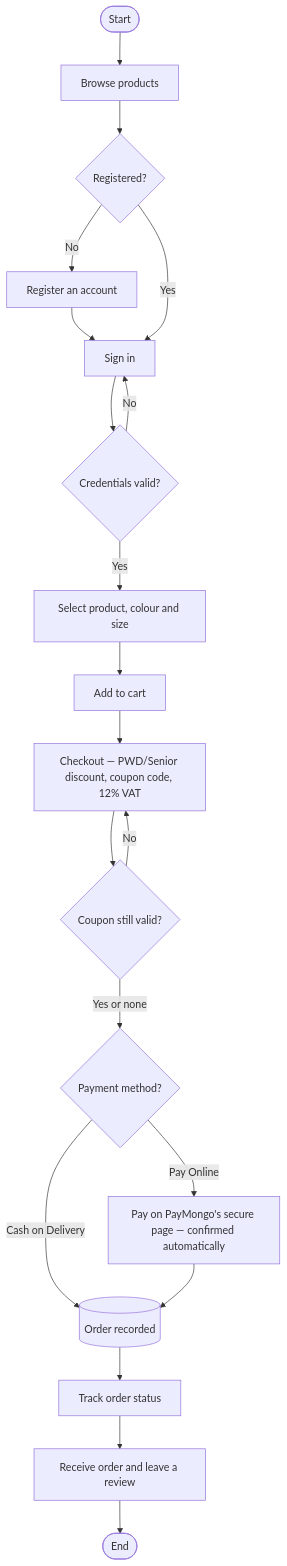
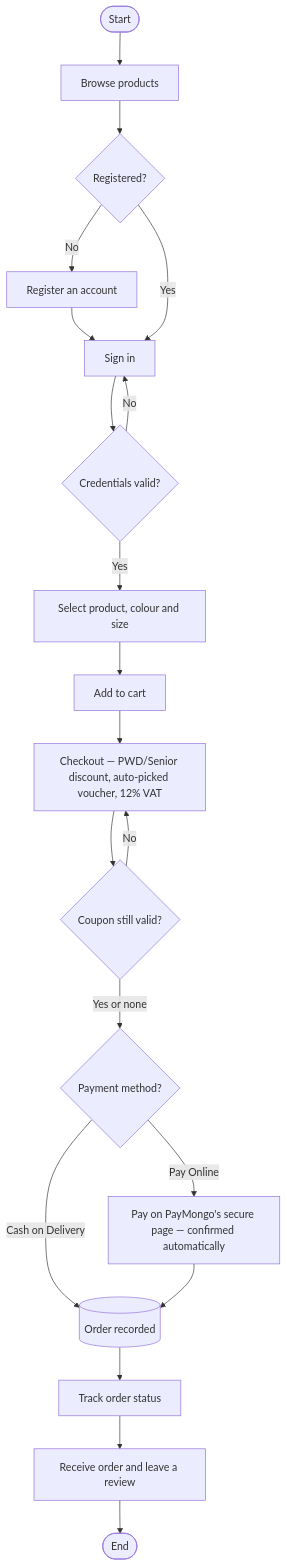
One commit to kurooo-san/THREAD-AND-PRESS-HUB changed the first of 4 diagrams in docs/SYSTEM_FLOWCHART.md. Above: the diagram before and after it, drawn with Mermaid. The commit also changed other lines of this file and 21 other files, not shown here.

````diff
--- a/docs/SYSTEM_FLOWCHART.md
+++ b/docs/SYSTEM_FLOWCHART.md
@@ -37,22 +37,22 @@
 ```mermaid
 flowchart TD
     A(["Start"]) --> B["Browse products"]
     B --> C{"Registered?"}
     C -- "No" --> D["Register an account"]
     D --> E
     C -- "Yes" --> E["Sign in"]
     E --> F{"Credentials valid?"}
     F -- "No" --> E
     F -- "Yes" --> G["Select product, colour and size"]
     G --> H["Add to cart"]
-    H --> I["Checkout — PWD/Senior discount, coupon code, 12% VAT"]
+    H --> I["Checkout — PWD/Senior discount, auto-picked voucher, 12% VAT"]
     I --> V{"Coupon still valid?"}
     V -- "No" --> I
     V -- "Yes or none" --> J{"Payment method?"}
     J -- "Cash on Delivery" --> L
     J -- "Pay Online" --> K["Pay on PayMongo's secure page — confirmed automatically"]
     K --> L[("Order recorded")]
     L --> M["Track order status"]
     M --> N["Receive order and leave a review"]
     N --> O(["End"])
 ```
````
